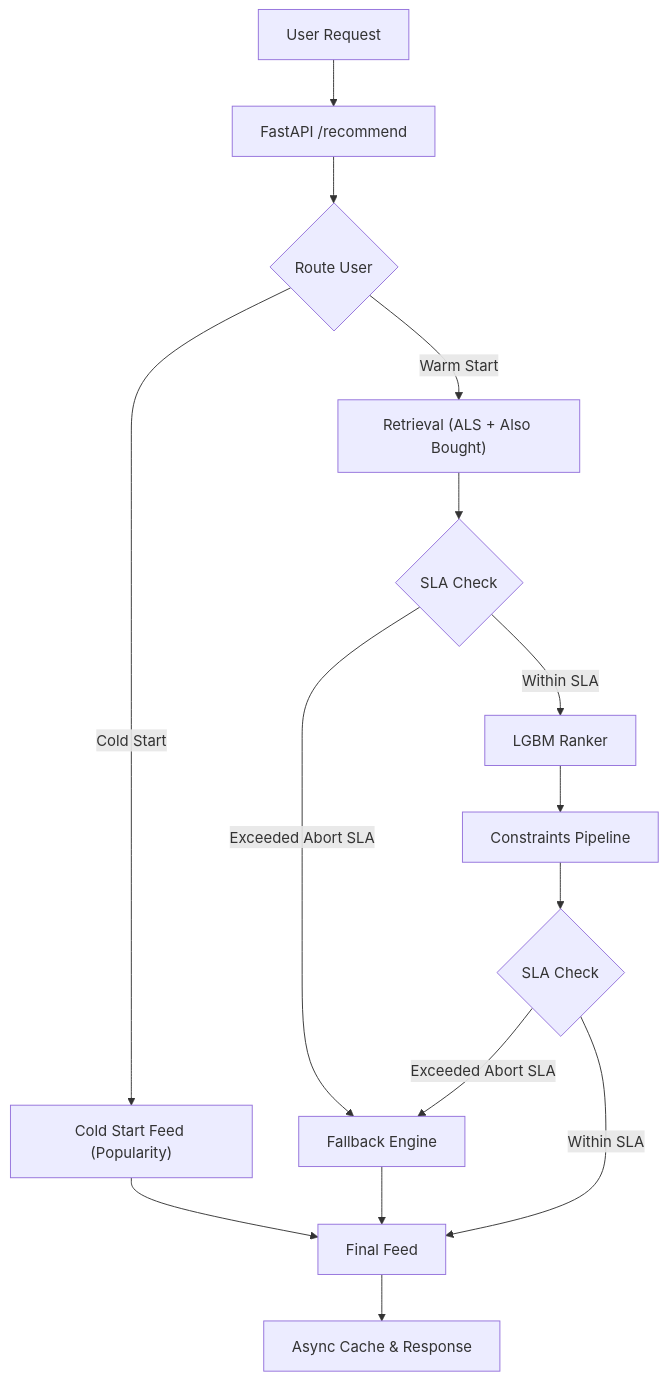
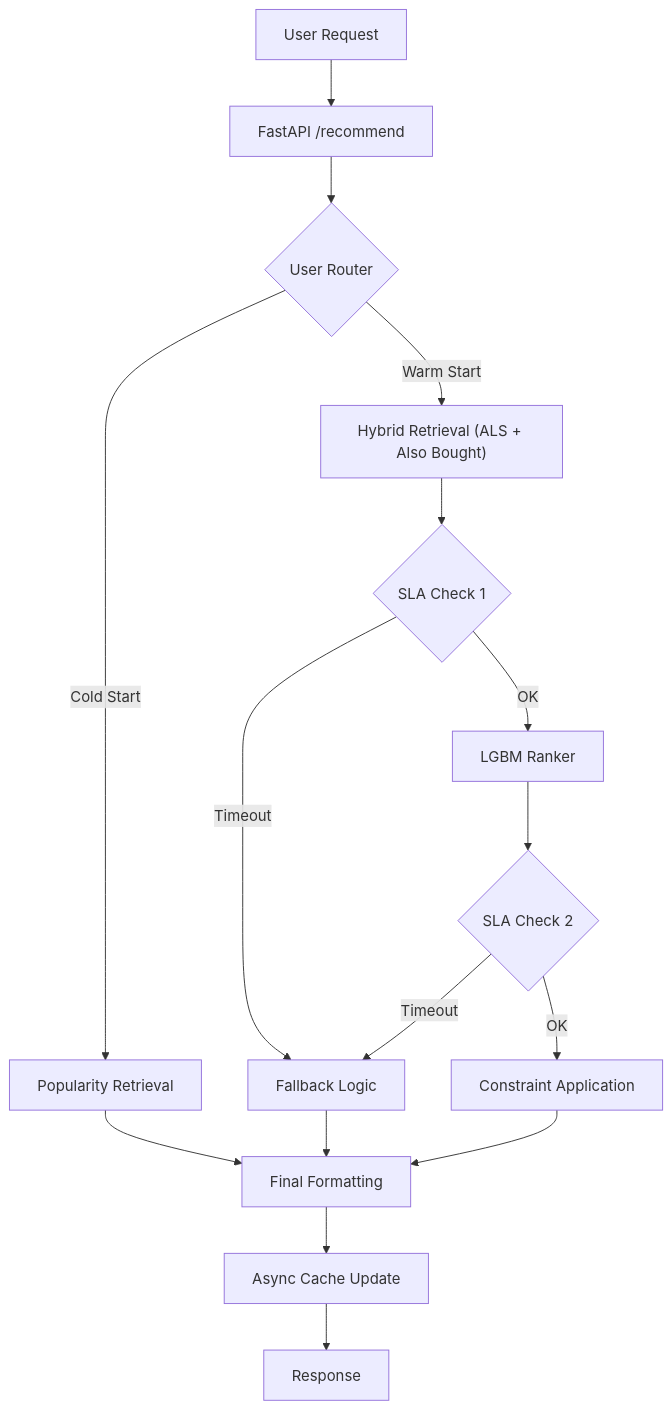
Before and after one commit to shinymacktest/gitdex-docs: the diagram in docs/sohamukute/feedrank/6_serving_infrastructure.mdx, drawn with Mermaid. The commit also changed other lines of this file and 10 other files, not shown here.

````diff
--- a/docs/sohamukute/feedrank/6_serving_infrastructure.mdx
+++ b/docs/sohamukute/feedrank/6_serving_infrastructure.mdx
@@ -14,17 +14,18 @@
 ```mermaid
 graph TD
     A["User Request"] --> B["FastAPI /recommend"]
-    B --> C{"Route User"}
-    C -- "Cold Start" --> D["Cold Start Feed (Popularity)"]
-    C -- "Warm Start" --> E["Retrieval (ALS + Also Bought)"]
-    E --> F{"SLA Check"}
-    F -- "Exceeded Abort SLA" --> G["Fallback Engine"]
-    F -- "Within SLA" --> H["LGBM Ranker"]
-    H --> I["Constraints Pipeline"]
-    I --> J{"SLA Check"}
-    J -- "Exceeded Abort SLA" --> G
-    J -- "Within SLA" --> K["Final Feed"]
+    B --> C{"User Router"}
+    C -- "Cold Start" --> D["Popularity Retrieval"]
+    C -- "Warm Start" --> E["Hybrid Retrieval (ALS + Also Bought)"]
+    E --> F{"SLA Check 1"}
+    F -- "Timeout" --> G["Fallback Logic"]
+    F -- "OK" --> H["LGBM Ranker"]
+    H --> I{"SLA Check 2"}
+    I -- "Timeout" --> G
+    I -- "OK" --> J["Constraint Application"]
+    J --> K["Final Formatting"]
+    D --> K
     G --> K
-    D --> K
-    K --> L["Async Cache & Response"]
+    K --> L["Async Cache Update"]
+    L --> M["Response"]
 ```
````
